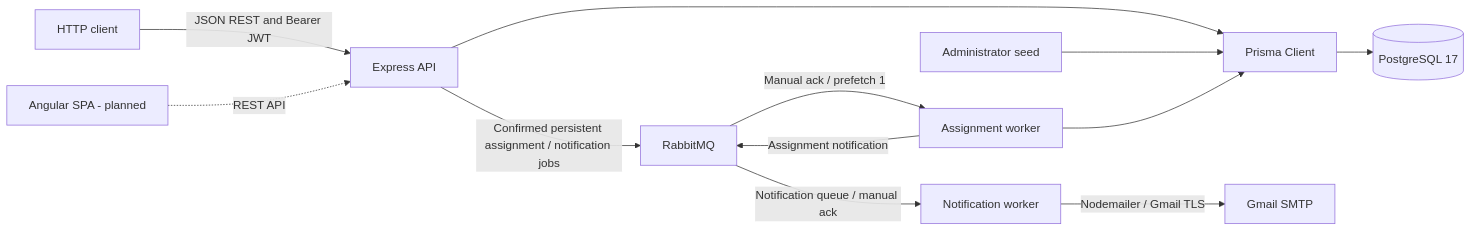
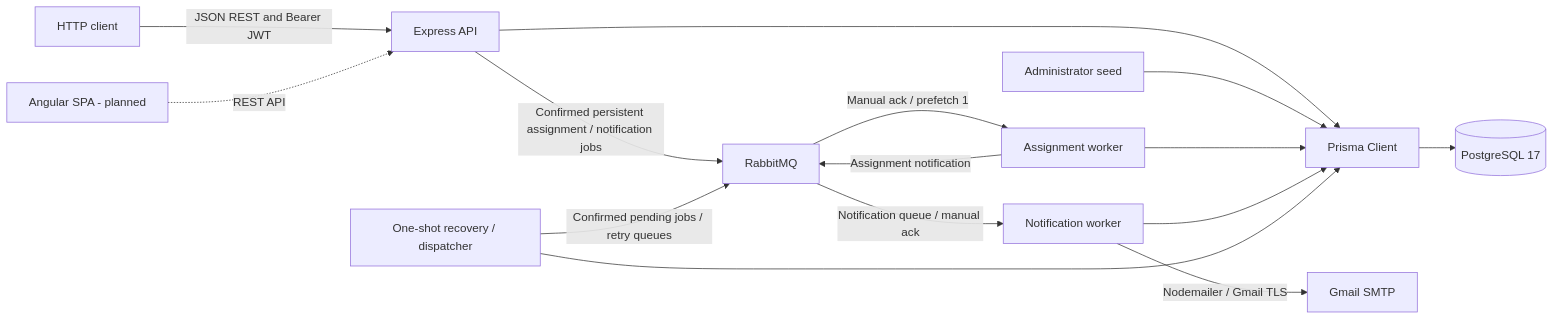
The first of 4 diagrams in docs/ARCHITECTURE.md (OzkrMonroy/support-ticket-system), drawn with Mermaid before and after one commit. The commit also changed other lines of this file and 20 other files, not shown here.

Commit message:
feat(jobs): add job tracking and failure recovery

````diff
--- a/docs/ARCHITECTURE.md
+++ b/docs/ARCHITECTURE.md
@@ -9,14 +9,17 @@
 ```mermaid
 flowchart LR
     Client[HTTP client] -->|JSON REST and Bearer JWT| API[Express API]
     API --> Prisma[Prisma Client]
     Prisma --> DB[(PostgreSQL 17)]
     Seed[Administrator seed] --> Prisma
     Angular[Angular SPA - planned] -.->|REST API| API
     API -->|Confirmed persistent assignment / notification jobs| MQ[RabbitMQ]
     MQ -->|Manual ack / prefetch 1| Worker[Assignment worker]
     Worker --> Prisma
     Worker -->|Assignment notification| MQ
     MQ -->|Notification queue / manual ack| MailWorker[Notification worker]
+    MailWorker --> Prisma
+    Dispatcher[One-shot recovery / dispatcher] --> Prisma
+    Dispatcher -->|Confirmed pending jobs / retry queues| MQ
     MailWorker -->|Nodemailer / Gmail TLS| SMTP[Gmail SMTP]
 ```
````
